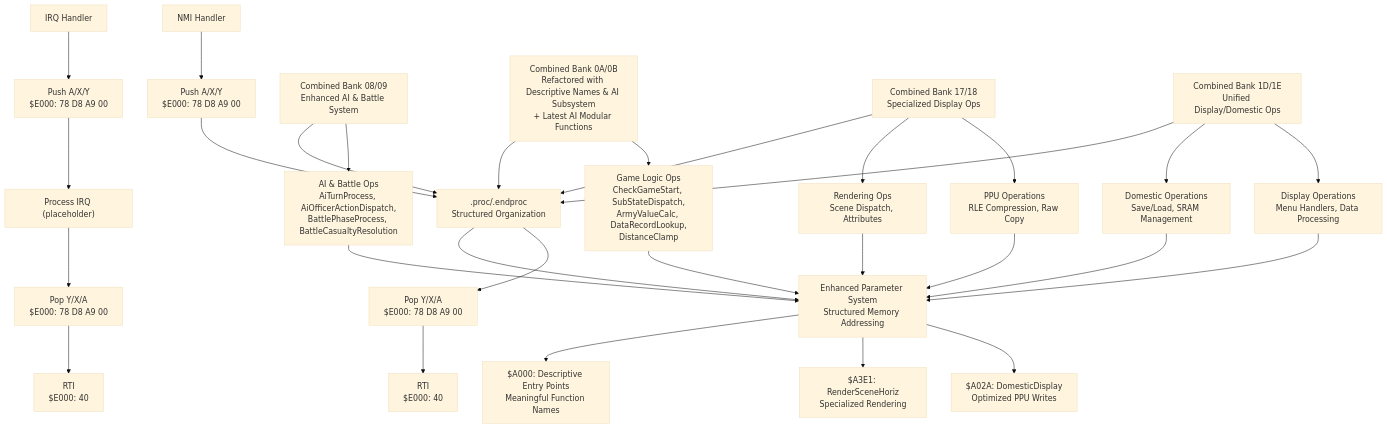
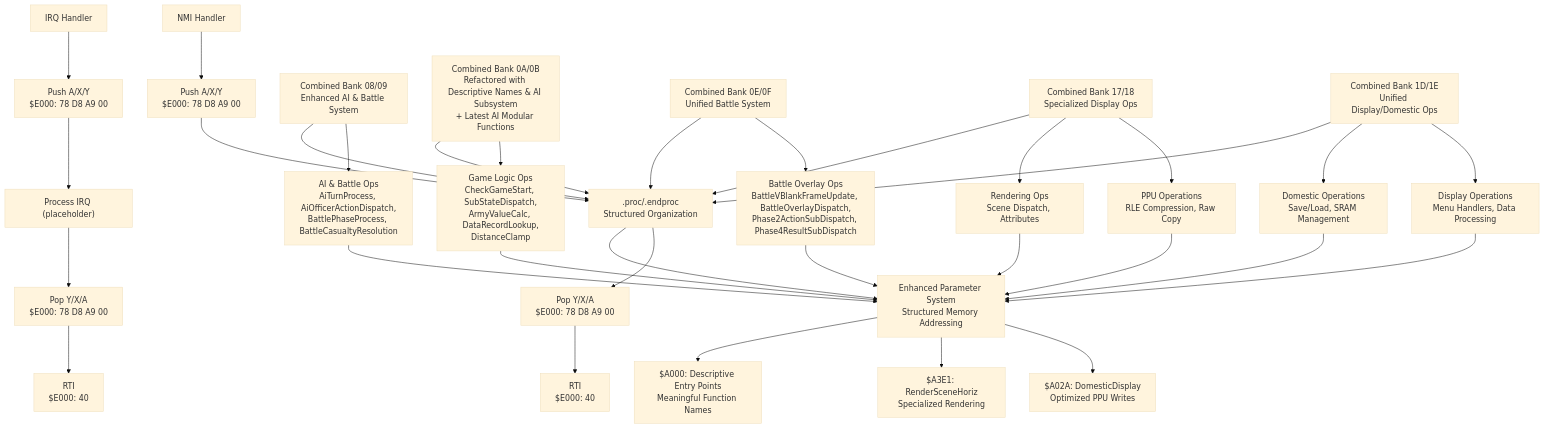
One commit to rabbyzero/sango2dasm changed diagram 15 of 22 in .qoder/repowiki/en/content/Assembly Architecture/Assembly Architecture.md. Above: the diagram before and after it, drawn with Mermaid (base theme). The commit also changed other lines of this file and 33 other files, not shown here.

````diff
--- a/.qoder/repowiki/en/content/Assembly Architecture/Assembly Architecture.md
+++ b/.qoder/repowiki/en/content/Assembly Architecture/Assembly Architecture.md
@@ -1096,32 +1175,35 @@
 ```mermaid
 flowchart TD
 NMI["NMI Handler"] --> SAVE["Push A/X/Y<br/>$E000: 78 D8 A9 00"]
 SAVE --> PROC["Process NMI (placeholder)"]
 PROC --> RESTORE["Pop Y/X/A<br/>$E000: 78 D8 A9 00"]
 RESTORE --> RTI["RTI<br/>$E000: 40"]
 IRQ["IRQ Handler"] --> SAVE2["Push A/X/Y<br/>$E000: 78 D8 A9 00"]
 SAVE2 --> PROC2["Process IRQ (placeholder)"]
 PROC2 --> RESTORE2["Pop Y/X/A<br/>$E000: 78 D8 A9 00"]
 RESTORE2 --> RTI2["RTI<br/>$E000: 40"]
 COMBINED08_09["Combined Bank 08/09<br/>Enhanced AI & Battle System"] --> AIBATTLE["AI & Battle Ops<br/>AiTurnProcess, AiOfficerActionDispatch,<br/>BattlePhaseProcess, BattleCasualtyResolution"]
 COMBINED0A_0B["Combined Bank 0A/0B<br/>Refactored with Descriptive Names & AI Subsystem<br/>+ Latest AI Modular Functions"] --> GAMELOGIC["Game Logic Ops<br/>CheckGameStart, SubStateDispatch,<br/>ArmyValueCalc, DataRecordLookup,<br/>DistanceClamp"]
+COMBINED0E_0F["Combined Bank 0E/0F<br/>Unified Battle System"] --> BATTLE_OVERLAY["Battle Overlay Ops<br/>BattleVBlankFrameUpdate, BattleOverlayDispatch,<br/>Phase2ActionSubDispatch, Phase4ResultSubDispatch"]
 COMBINED17_18["Combined Bank 17/18<br/>Specialized Display Ops"] --> PPUOPS["PPU Operations<br/>RLE Compression, Raw Copy"]
 COMBINED17_18 --> RENDEROPS["Rendering Ops<br/>Scene Dispatch, Attributes"]
 COMBINED1D_1E["Combined Bank 1D/1E<br/>Unified Display/Domestic Ops"] --> DISPLAYOPS["Display Operations<br/>Menu Handlers, Data Processing"]
 COMBINED1D_1E --> DOMESTICOPS["Domestic Operations<br/>Save/Load, SRAM Management"]
 COMBINED0A_0B --> PROC[".proc/.endproc<br/>Structured Organization"]
 COMBINED08_09 --> PROC
+COMBINED0E_0F --> PROC
 COMBINED17_18 --> PROC
 COMBINED1D_1E --> PROC
 PARAMSYS["Enhanced Parameter System<br/>Structured Memory Addressing"]
 GAMELOGIC --> PARAMSYS
 AIBATTLE --> PARAMSYS
+BATTLE_OVERLAY --> PARAMSYS
 PPUOPS --> PARAMSYS
 RENDEROPS --> PARAMSYS
 DISPLAYOPS --> PARAMSYS
 DOMESTICOPS --> PARAMSYS
 PROC --> PARAMSYS
 PARAMSYS --> OPTIMIZED["$A02A: DomesticDisplay<br/>Optimized PPU Writes"]
 PARAMSYS --> SPECIALIZED["$A3E1: RenderSceneHoriz<br/>Specialized Rendering"]
 PARAMSYS --> UNIFIED["$A000: Descriptive Entry Points<br/>Meaningful Function Names"]
 ```
````
